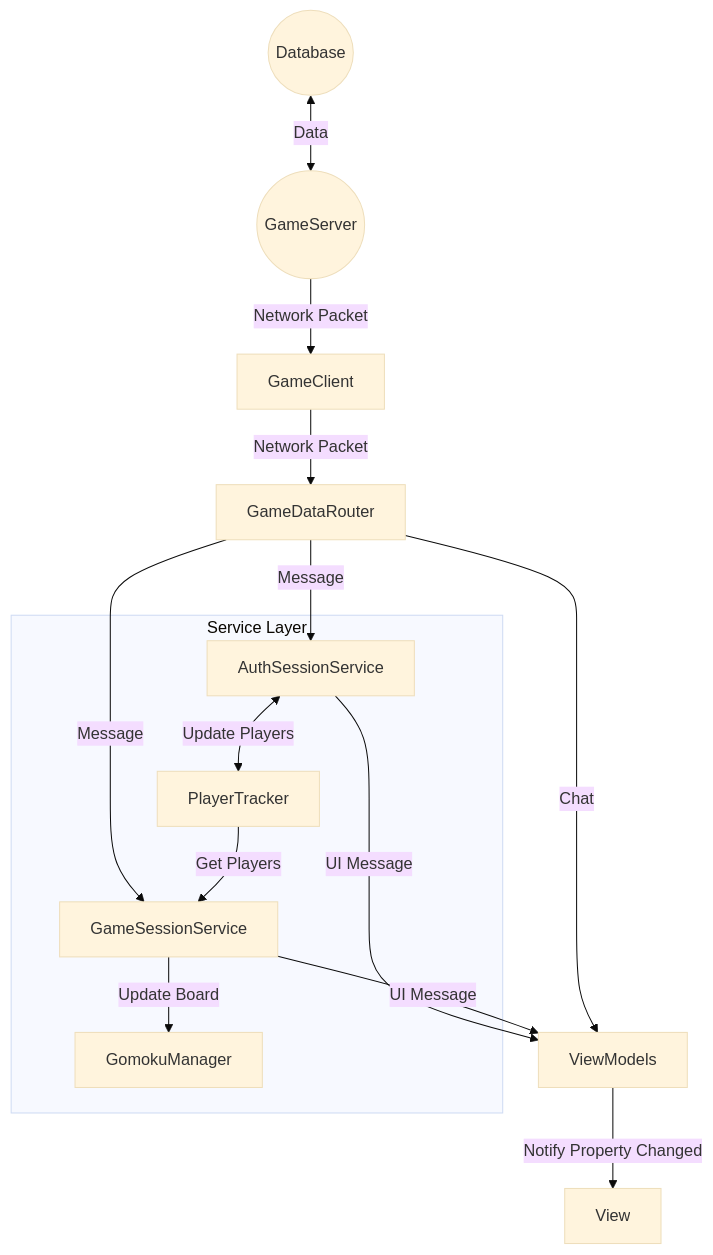
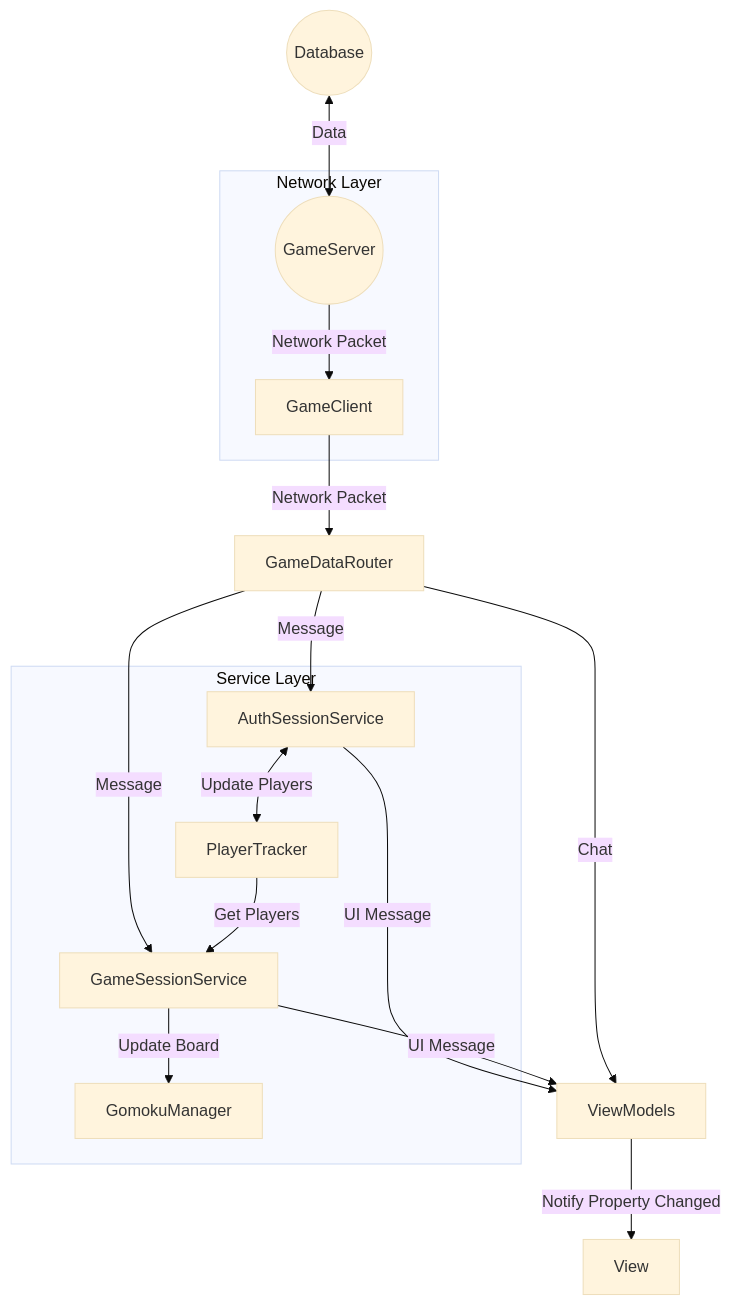
One commit to laoraid/gomoku_wpf changed the first of 2 diagrams in README.md. Above: the diagram before and after it, drawn with Mermaid (base theme). The commit also changed other lines of this file, not shown here.

````diff
--- a/README.md
+++ b/README.md
@@ -46,27 +46,30 @@
 ```mermaid
 graph TD
     %% DB 처리
     DB((Database)) -- "Data" <--> Server((GameServer))
-    %% 서버 수신
-    Server -- "Network Packet" --> Client[GameClient]
+
+    subgraph Network [Network Layer]
+        %% 서버 수신
+        Server -- "Network Packet" --> Client[GameClient]
     
+    end
     %% 클라이언트에서 서비스로 분산
     Client -- "Network Packet" --> DataRouter[GameDataRouter]
     DataRouter -- "Message" --> AuthSvc[AuthSessionService]
     DataRouter -- "Message" --> GameSvc[GameSessionService]
     DataRouter -- "Chat" --> VM[ViewModels]
     
     %% 서비스 내부 처리
     subgraph Services [Service Layer]
         AuthSvc -- "Update Players" <--> Tracker[PlayerTracker]
         GameSvc -- "Update Board" --> Manager[GomokuManager]
         Tracker -- "Get Players" --> GameSvc
     end
     
     %% 서비스에서 VM으로 알림
     AuthSvc -- "UI Message" --> VM
     GameSvc -- "UI Message" --> VM
     
     %% VM에서 UI 갱신
     VM -- "Notify Property Changed" --> UI[View]
 ```
````
